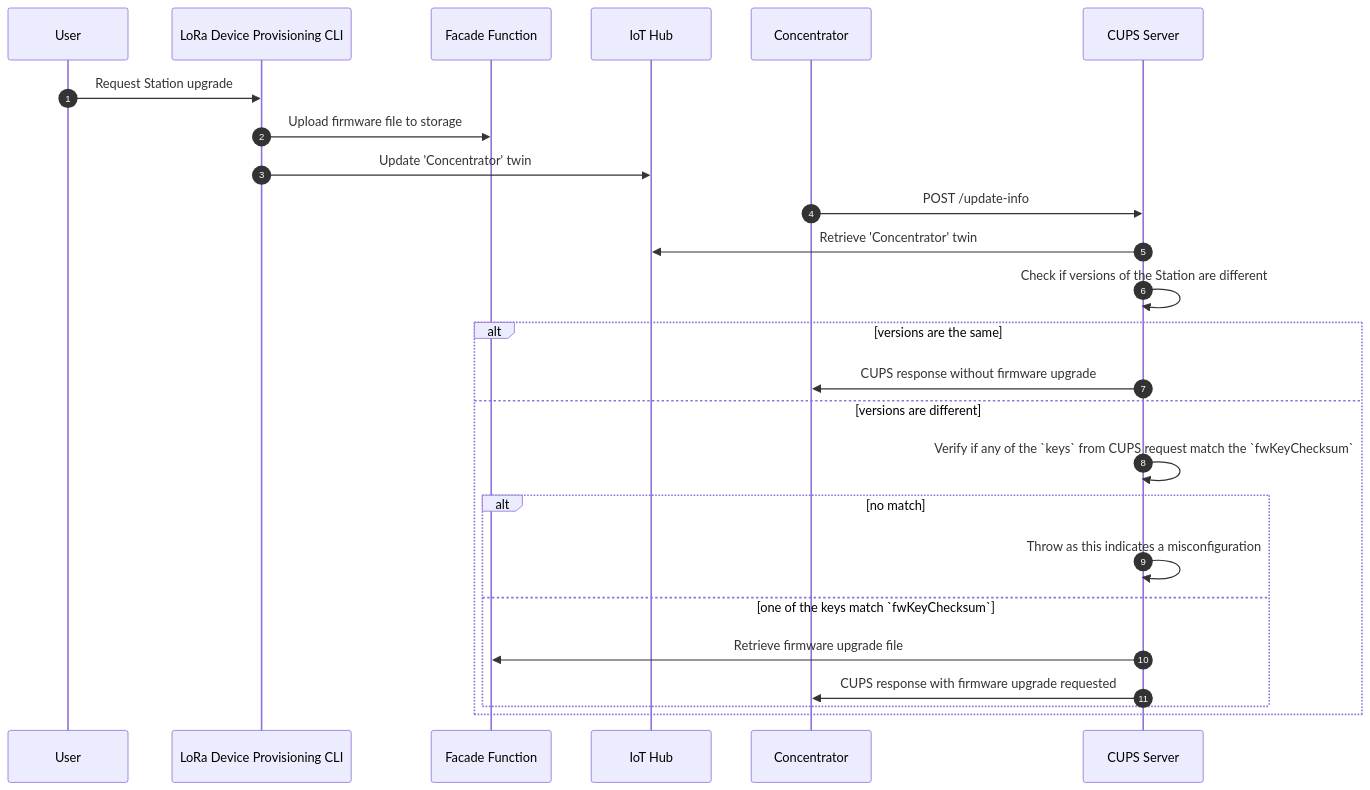
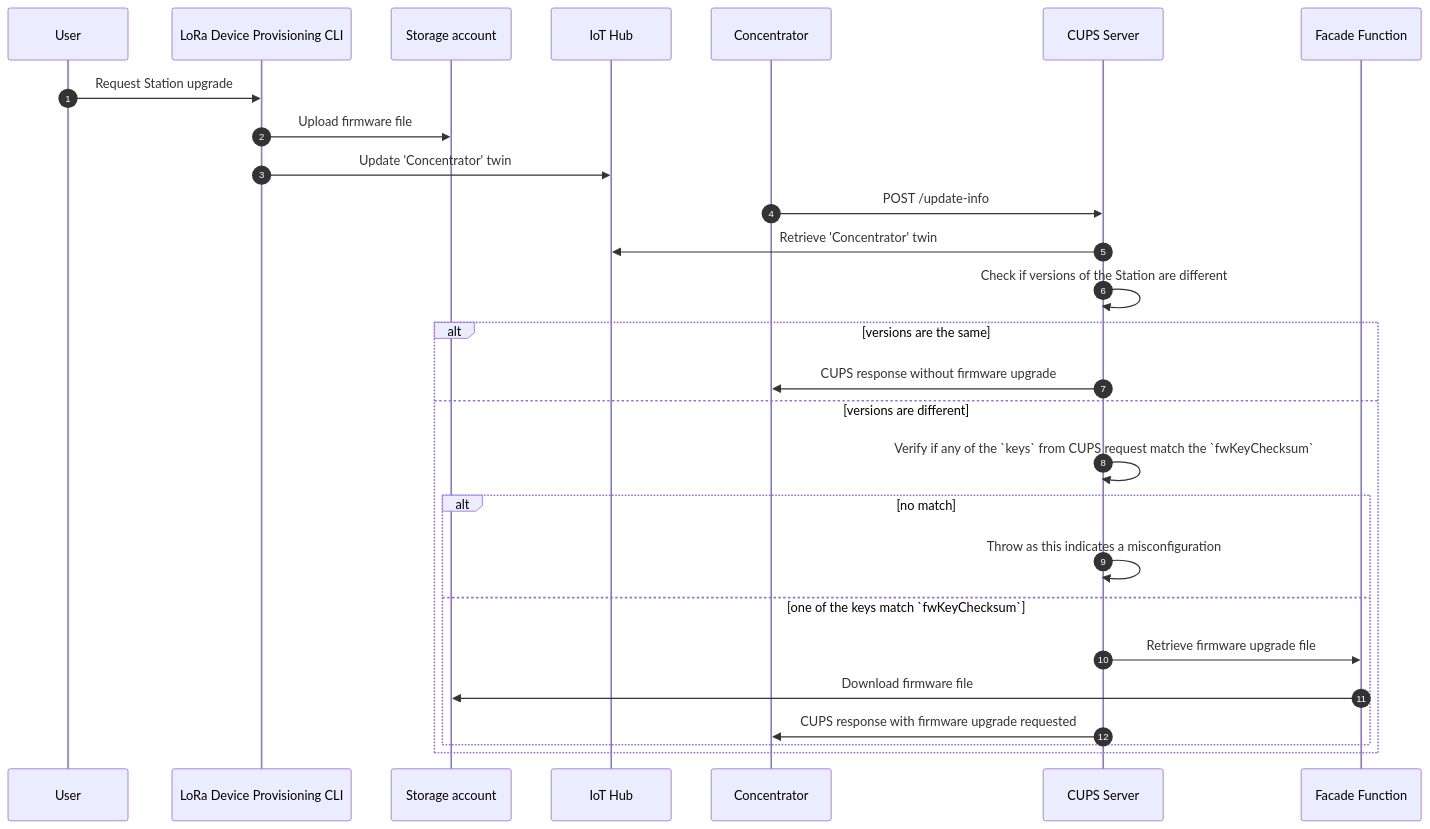
Before and after one commit to Azure/iotedge-lorawan-starterkit: the diagram in docs/adr/007_cups_firmware_upgrade.md, drawn with Mermaid.

````diff
--- a/docs/adr/007_cups_firmware_upgrade.md
+++ b/docs/adr/007_cups_firmware_upgrade.md
@@ -81,21 +81,22 @@
 ```mermaid
   sequenceDiagram
     autonumber
     User->>LoRa Device Provisioning CLI: Request Station upgrade
-    LoRa Device Provisioning CLI->>Facade Function: Upload firmware file to storage
+    LoRa Device Provisioning CLI->>Storage account: Upload firmware file
     LoRa Device Provisioning CLI->>IoT Hub: Update 'Concentrator' twin
     Concentrator->>CUPS Server: POST /update-info
     CUPS Server->>IoT Hub: Retrieve 'Concentrator' twin
     CUPS Server->>CUPS Server: Check if versions of the Station are different
     alt versions are the same
         CUPS Server->>Concentrator: CUPS response without firmware upgrade
     else versions are different
       CUPS Server->>CUPS Server: Verify if any of the `keys` from CUPS request match the `fwKeyChecksum`
       alt no match
         CUPS Server->>CUPS Server: Throw as this indicates a misconfiguration
       else one of the keys match `fwKeyChecksum`
         CUPS Server->>Facade Function: Retrieve firmware upgrade file
+        Facade Function->>Storage account: Download firmware file
         CUPS Server->>Concentrator: CUPS response with firmware upgrade requested
       end
     end
 ```
````
